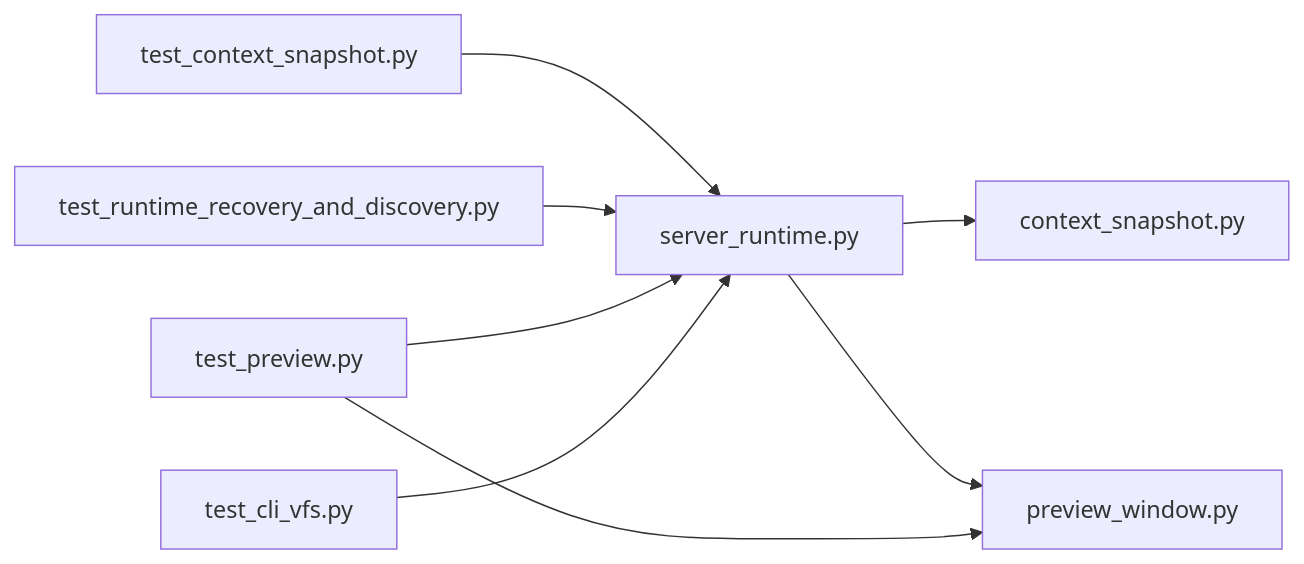
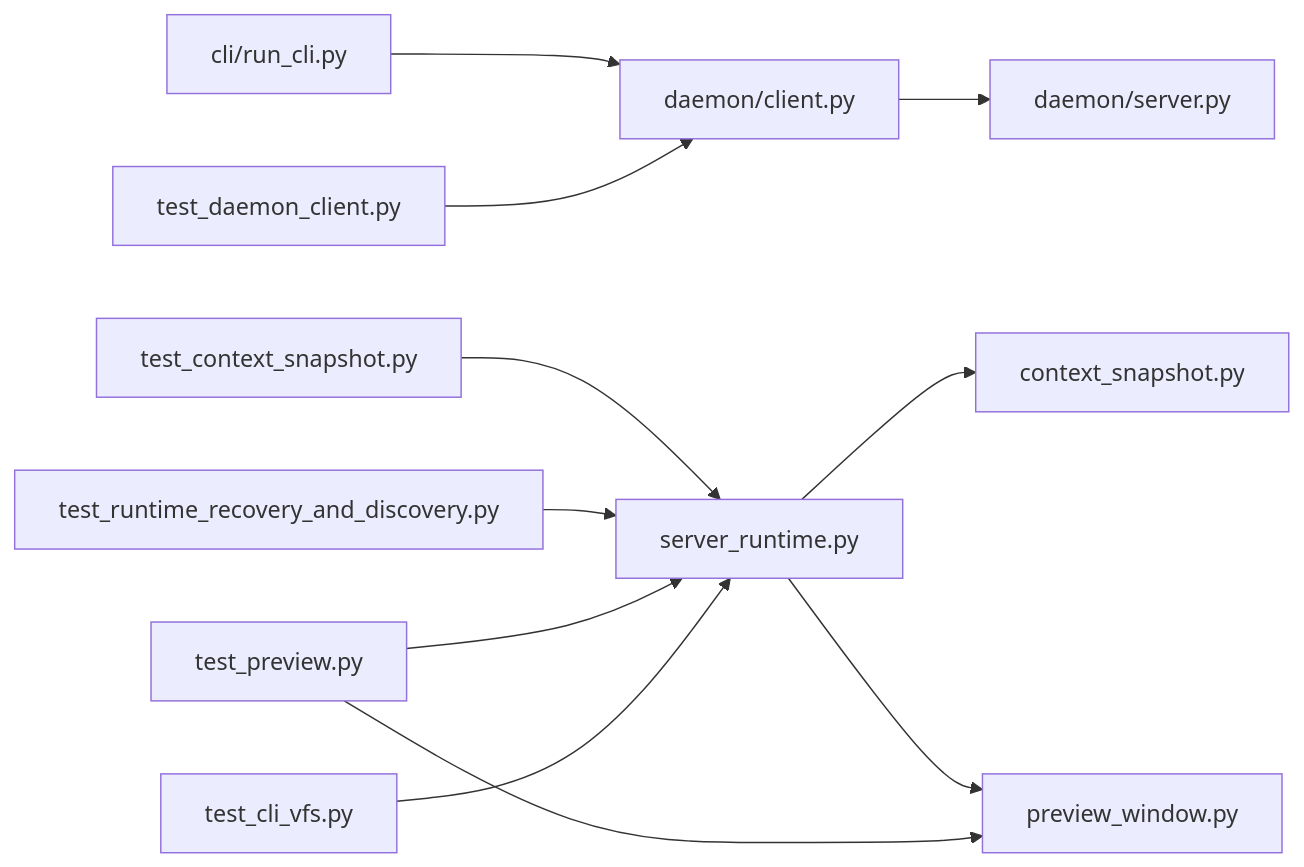
One commit to haolange/RDC-Tool changed the tenth of 10 diagrams in .qoder/repowiki/zh/content/核心概念/会话模型.md. Above: the diagram before and after it, drawn with Mermaid. The commit also changed other lines of this file and 8 other files, not shown here.

````diff
--- a/.qoder/repowiki/zh/content/核心概念/会话模型.md
+++ b/.qoder/repowiki/zh/content/核心概念/会话模型.md
@@ -318,10 +388,13 @@
 ```mermaid
 graph LR
 SR["server_runtime.py"] --> CS["context_snapshot.py"]
 SR --> PW["preview_window.py"]
+DC["daemon/client.py"] --> DS["daemon/server.py"]
+CLI["cli/run_cli.py"] --> DC
 TCS["test_context_snapshot.py"] --> SR
 TRR["test_runtime_recovery_and_discovery.py"] --> SR
 TP["test_preview.py"] --> SR
 TP --> PW
 TCV["test_cli_vfs.py"] --> SR
+TDC["test_daemon_client.py"] --> DC
 ```
````
